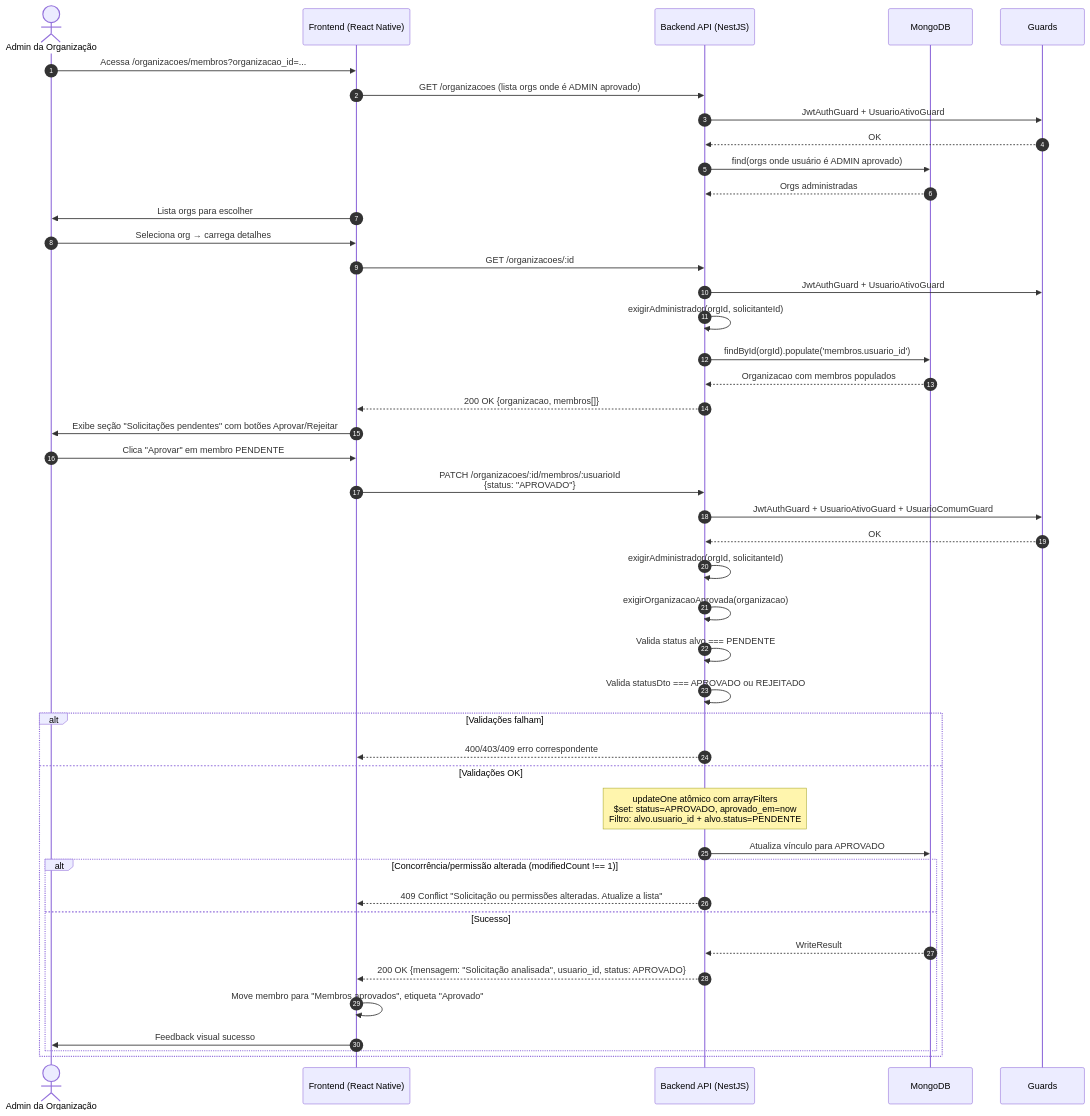
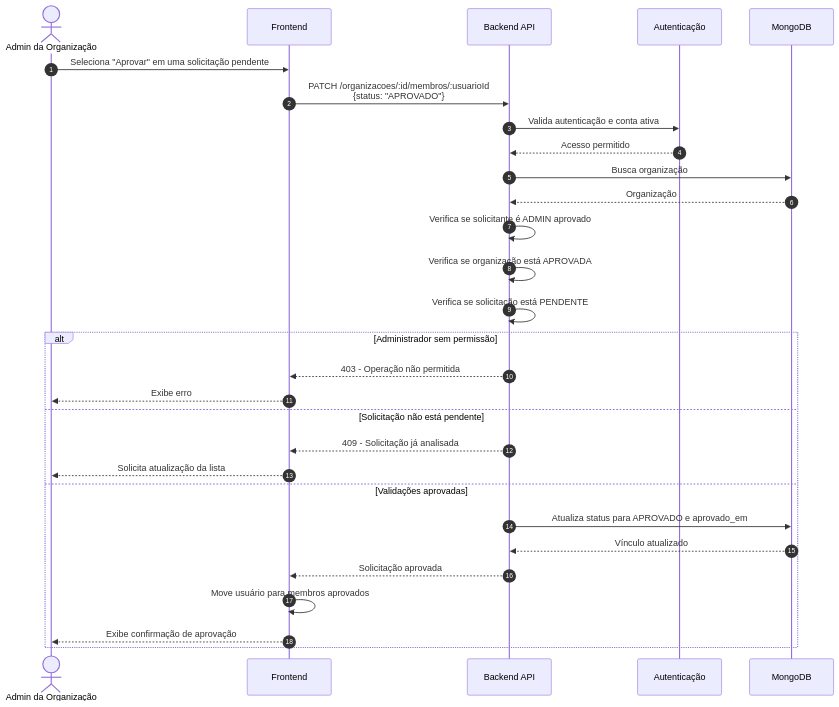
The sixth of 9 diagrams in docs/cadastro-usuario/6 - diagramas-sequencia-cadastro-usuario.md (MrLucasMoreira/PDSI-Conecta-), drawn with Mermaid before and after one commit. The commit also changed other lines of this file and 7 other files, not shown here.

````diff
--- a/docs/cadastro-usuario/6 - diagramas-sequencia-cadastro-usuario.md
+++ b/docs/cadastro-usuario/6 - diagramas-sequencia-cadastro-usuario.md
@@ -302,50 +263,39 @@
 ```mermaid
 sequenceDiagram
     autonumber
+
     actor AdminOrg as Admin da Organização
-    participant Frontend as Frontend (React Native)
-    participant API as Backend API (NestJS)
+    participant Frontend as Frontend
+    participant API as Backend API
+    participant Guards as Autenticação
     participant DB as MongoDB
-    participant Guards as Guards
 
-    AdminOrg->>Frontend: Acessa /organizacoes/membros?organizacao_id=...
-    Frontend->>API: GET /organizacoes (lista orgs onde é ADMIN aprovado)
-    API->>Guards: JwtAuthGuard + UsuarioAtivoGuard
-    Guards-->>API: OK
-    API->>DB: find(orgs onde usuário é ADMIN aprovado)
-    DB-->>API: Orgs administradas
-    Frontend->>AdminOrg: Lista orgs para escolher
-    
-    AdminOrg->>Frontend: Seleciona org → carrega detalhes
-    Frontend->>API: GET /organizacoes/:id
-    API->>Guards: JwtAuthGuard + UsuarioAtivoGuard
-    API->>API: exigirAdministrador(orgId, solicitanteId)
-    API->>DB: findById(orgId).populate('membros.usuario_id')
-    DB-->>API: Organizacao com membros populados
-    API-->>Frontend: 200 OK {organizacao, membros[]}
-    Frontend->>AdminOrg: Exibe seção "Solicitações pendentes" com botões Aprovar/Rejeitar
-    
-    AdminOrg->>Frontend: Clica "Aprovar" em membro PENDENTE
+    AdminOrg->>Frontend: Seleciona "Aprovar" em uma solicitação pendente
+
     Frontend->>API: PATCH /organizacoes/:id/membros/:usuarioId<br/>{status: "APROVADO"}
-    API->>Guards: JwtAuthGuard + UsuarioAtivoGuard + UsuarioComumGuard
-    Guards-->>API: OK
-    API->>API: exigirAdministrador(orgId, solicitanteId)
-    API->>API: exigirOrganizacaoAprovada(organizacao)
-    API->>API: Valida status alvo === PENDENTE
-    API->>API: Valida statusDto === APROVADO ou REJEITADO
-    
-    alt Validações falham
-        API-->>Frontend: 400/403/409 erro correspondente
-    else Validações OK
-        Note over API: updateOne atômico com arrayFilters<br/>$set: status=APROVADO, aprovado_em=now<br/>Filtro: alvo.usuario_id + alvo.status=PENDENTE
-        API->>DB: Atualiza vínculo para APROVADO
-        alt Concorrência/permissão alterada (modifiedCount !== 1)
-            API-->>Frontend: 409 Conflict "Solicitação ou permissões alteradas. Atualize a lista"
-        else Sucesso
-            DB-->>API: WriteResult
-            API-->>Frontend: 200 OK {mensagem: "Solicitação analisada", usuario_id, status: APROVADO}
-            Frontend->>Frontend: Move membro para "Membros aprovados", etiqueta "Aprovado"
-            Frontend->>AdminOrg: Feedback visual sucesso
-        end
+
+    API->>Guards: Valida autenticação e conta ativa
+    Guards-->>API: Acesso permitido
+
+    API->>DB: Busca organização
+    DB-->>API: Organização
+
+    API->>API: Verifica se solicitante é ADMIN aprovado
+    API->>API: Verifica se organização está APROVADA
+    API->>API: Verifica se solicitação está PENDENTE
+
+    alt Administrador sem permissão
+        API-->>Frontend: 403 - Operação não permitida
+        Frontend-->>AdminOrg: Exibe erro
+    else Solicitação não está pendente
+        API-->>Frontend: 409 - Solicitação já analisada
+        Frontend-->>AdminOrg: Solicita atualização da lista
+    else Validações aprovadas
+        API->>DB: Atualiza status para APROVADO e aprovado_em
+        DB-->>API: Vínculo atualizado
+
+        API-->>Frontend: Solicitação aprovada
+        Frontend->>Frontend: Move usuário para membros aprovados
+        Frontend-->>AdminOrg: Exibe confirmação de aprovação
     end
 ```
````
